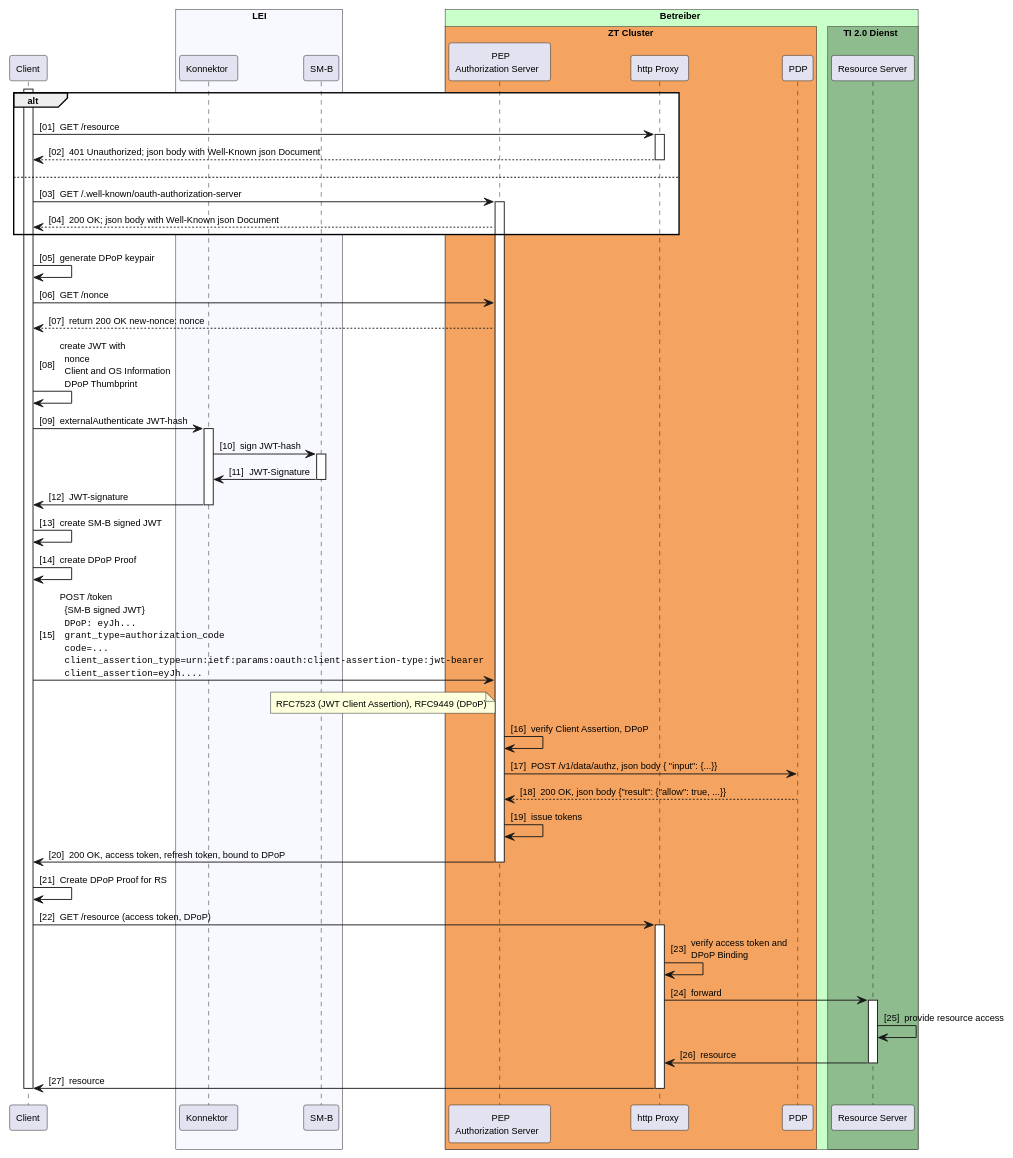
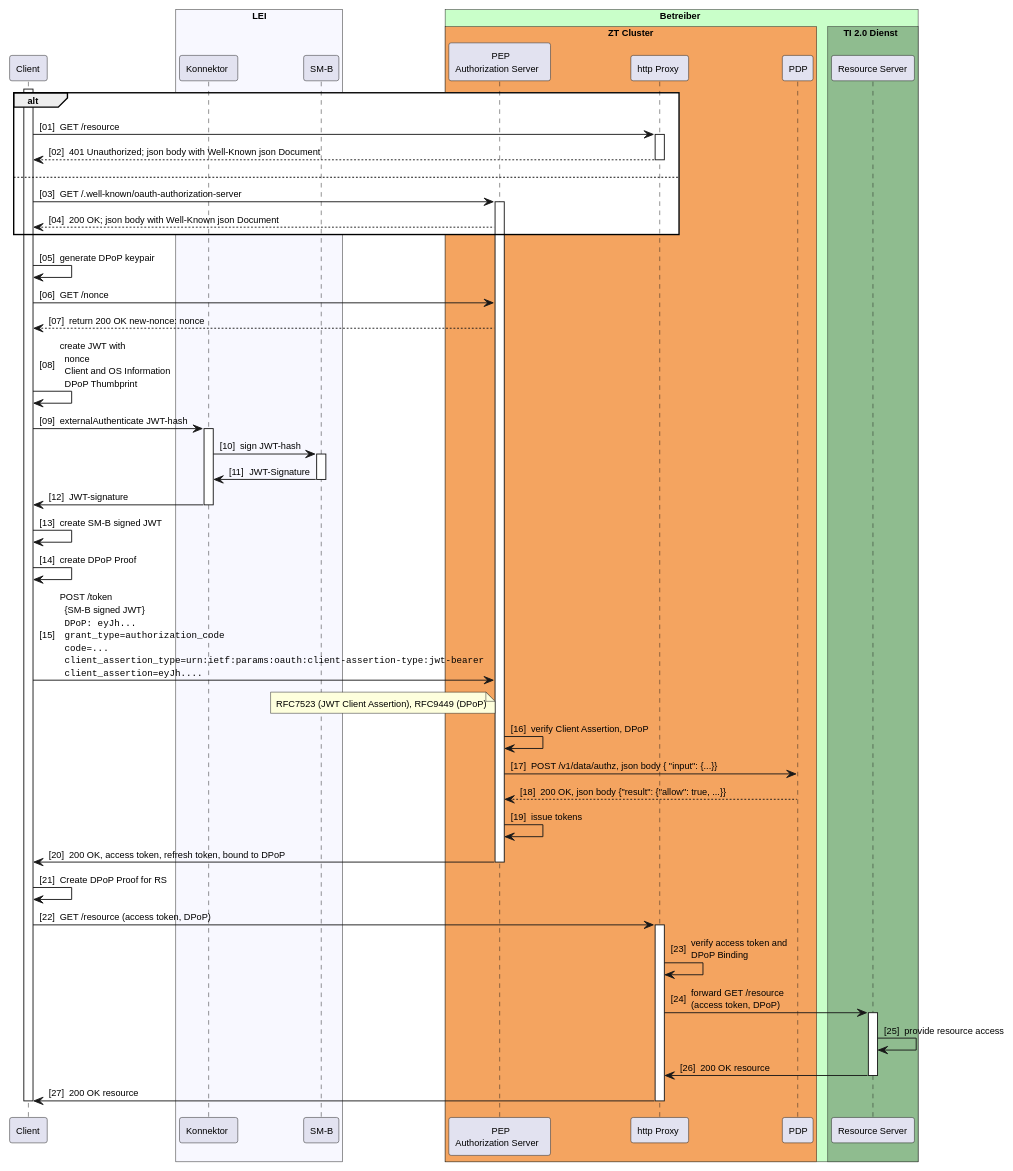
Before and after one commit to gematik/spec-t20r: the diagram in src/plantuml/sm-b-auth.puml, drawn with PlantUML.

```diff
--- a/src/plantuml/sm-b-auth.puml
+++ b/src/plantuml/sm-b-auth.puml
@@ -1,88 +1,89 @@
 @startuml "SM-B_Auth_with_DPoP"
 autonumber "[00]"
 skinparam defaultFontSize 10
 skinparam defaultFontName Helvetica
 skinparam DefaultMonospacedFontName Courier
 skinparam lengthAdjust none
 
 !pragma teoz true
 
 participant Client
 box "LEI" #GhostWhite
     participant Konnektor
     participant SMB as "SM-B"
 end box
 
 box "Betreiber" #TECHNOLOGY
     box "ZT Cluster" #SandyBrown
         participant AuthS as "PEP\nAuthorization Server" 
         participant HP as "http Proxy"
         participant PDP as "PDP"
     endbox
     box TI 2.0 Dienst #DarkSeaGreen
         participant RS as "Resource Server"
     endbox
 end box
 
 activate Client
 
 
 alt #White
     Client -> HP: GET /resource
     activate HP
     HP --> Client: 401 Unauthorized; json body with Well-Known json Document
     deactivate HP
 else 
     Client -> AuthS: GET /.well-known/oauth-authorization-server 
     activate AuthS
     AuthS --> Client: 200 OK; json body with Well-Known json Document
 end
 
 Client -> Client: generate DPoP keypair
 Client -> AuthS: GET /nonce
 AuthS --> Client: return 200 OK new-nonce: nonce
 Client -> Client: create JWT with\n  nonce\n  Client and OS Information\n  DPoP Thumbprint
 Client -> Konnektor: externalAuthenticate JWT-hash
 activate Konnektor
 Konnektor -> SMB: sign JWT-hash
 activate SMB
 SMB -> Konnektor: JWT-Signature
 deactivate SMB
 Konnektor -> Client: JWT-signature
 deactivate Konnektor
 
 Client -> Client: create SM-B signed JWT
 Client -> Client: create DPoP Proof
 Client -> AuthS: POST /token\n\
   {SM-B signed JWT}\n\
   ""DPoP: eyJh...""\n\
   ""grant_type=authorization_code""\n\
   ""code=...""\n\
   ""client_assertion_type=urn:ietf:params:oauth:client-assertion-type:jwt-bearer""\n\
   ""client_assertion=eyJh....""
 note left of AuthS
   RFC7523 (JWT Client Assertion), RFC9449 (DPoP)
 end note
 
 AuthS -> AuthS: verify Client Assertion, DPoP
 AuthS -> PDP: POST /v1/data/authz, json body {  "input": {...}} 
 PDP --> AuthS: 200 OK, json body {"result": {"allow": true, ...}}
 AuthS -> AuthS: issue tokens
 AuthS -> Client: 200 OK, access token, refresh token, bound to DPoP
 deactivate AuthS
 Client -> Client: Create DPoP Proof for RS
 
 Client -> HP: GET /resource (access token, DPoP)
 activate HP
 HP -> HP: verify access token and\nDPoP Binding
-HP -> RS: forward
+HP -> RS: forward GET /resource\n\
+(access token, DPoP)
 activate RS
 RS -> RS: provide resource access
-RS -> HP: resource
+RS -> HP: 200 OK resource
 deactivate RS
-HP -> Client: resource
+HP -> Client: 200 OK resource
 deactivate HP
 deactivate RS
 deactivate Client
 
 @enduml
```
